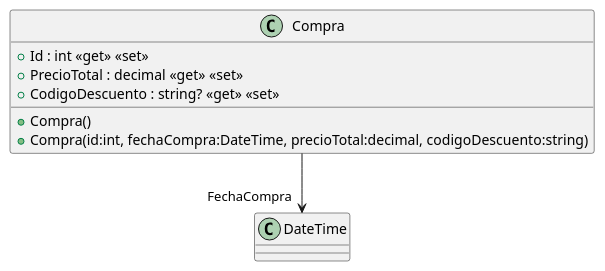
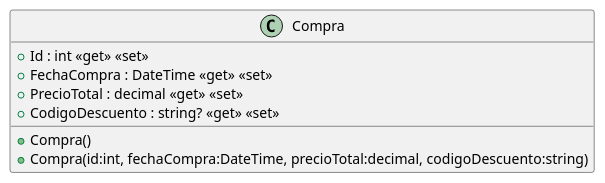
The diagram in src/AppForSEII.API/ClassDiagram/Compra.puml (ISII2627LosGremlins/ISII2627LosGremlins), drawn with PlantUML before and after one commit. The commit also changed 14 other files, not shown here.

```diff
--- a/src/AppForSEII.API/ClassDiagram/Compra.puml
+++ b/src/AppForSEII.API/ClassDiagram/Compra.puml
@@ -1,10 +1,10 @@
 @startuml
 class Compra {
     + Compra()
     + Compra(id:int, fechaCompra:DateTime, precioTotal:decimal, codigoDescuento:string)
     + Id : int <<get>> <<set>>
+    + FechaCompra : DateTime <<get>> <<set>>
     + PrecioTotal : decimal <<get>> <<set>>
     + CodigoDescuento : string? <<get>> <<set>>
 }
-Compra --> "FechaCompra" DateTime
 @enduml
```
